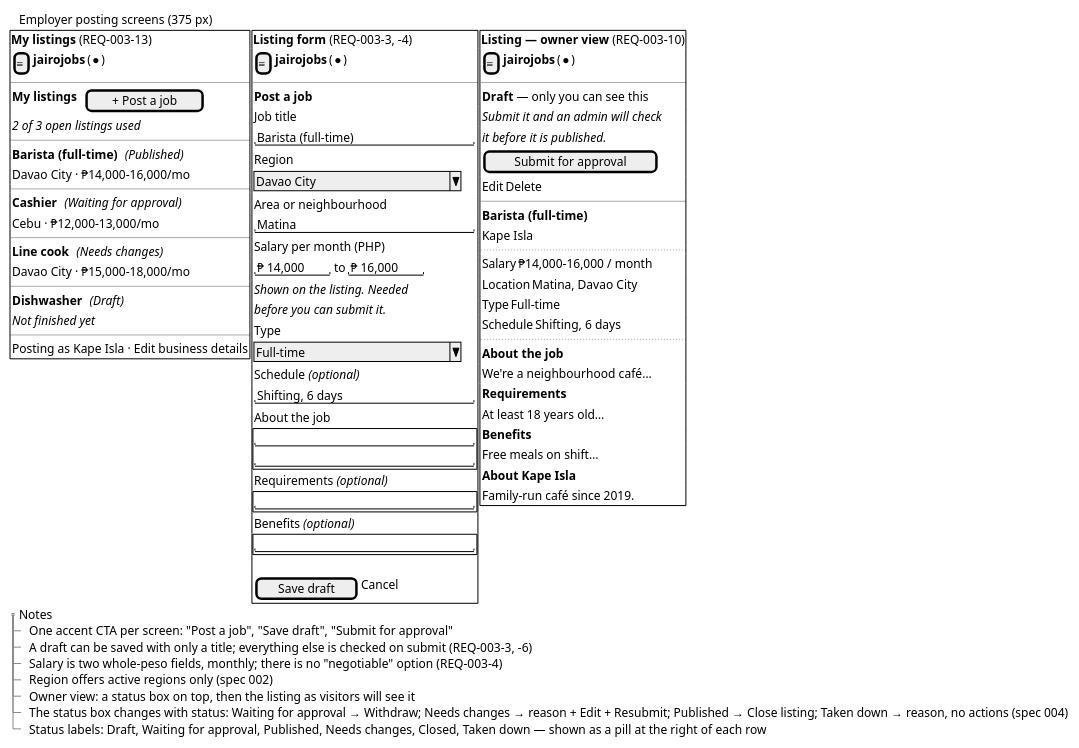
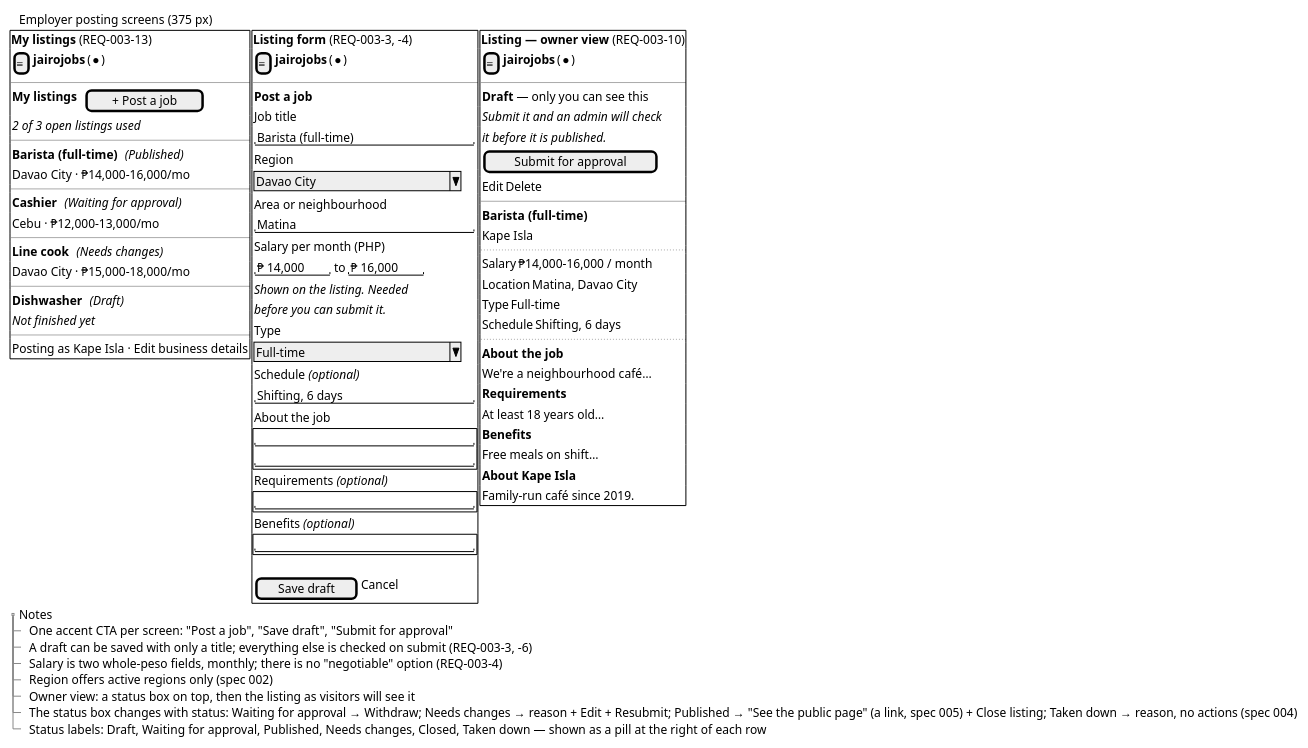
The diagram in docs/specs/003-listings-employer-posting/diagrams/wireframe-posting.puml (raseniero/jairojobs-elixir), drawn with PlantUML before and after one commit. The commit also changed 21 other files, not shown here.

Commit message:
feat(browse): links between a listing's public page and its owner and Admin views (REQ-005-10)

```diff
--- a/docs/specs/003-listings-employer-posting/diagrams/wireframe-posting.puml
+++ b/docs/specs/003-listings-employer-posting/diagrams/wireframe-posting.puml
@@ -1,96 +1,96 @@
 @startsalt wireframe-posting
 ' Spec 003 — employer posting screens at phone width (REQ-003-3, -4, -10, -13).
 ' Wireframe only — not a visual design.
 
 {
   {T
     + Employer posting screens (375 px)
   }
   {
     {+ <b>My listings</b> (REQ-003-13)
       { [≡] | <b>jairojobs</b> | (●) }
       --
       { <b>My listings</b> | . | [ + Post a job ] }
       { <i>2 of 3 open listings used</i> }
       --
       { <b>Barista (full-time)</b> | . | <i>(Published)</i> }
       { Davao City · ₱14,000–16,000/mo }
       --
       { <b>Cashier</b> | . | <i>(Waiting for approval)</i> }
       { Cebu · ₱12,000–13,000/mo }
       --
       { <b>Line cook</b> | . | <i>(Needs changes)</i> }
       { Davao City · ₱15,000–18,000/mo }
       --
       { <b>Dishwasher</b> | . | <i>(Draft)</i> }
       { <i>Not finished yet</i> }
       --
       { Posting as Kape Isla · Edit business details }
     } |
     {+ <b>Listing form</b> (REQ-003-3, -4)
       { [≡] | <b>jairojobs</b> | (●) }
       --
       { <b>Post a job</b> }
       { Job title }
       { "Barista (full-time)        " }
       { Region }
       { ^Davao City              ^ }
       { Area or neighbourhood }
       { "Matina                     " }
       { Salary per month (PHP) }
       { "₱ 14,000 " | to | "₱ 16,000 " }
       { <i>Shown on the listing. Needed</i> }
       { <i>before you can submit it.</i> }
       { Type }
       { ^Full-time               ^ }
       { Schedule <i>(optional)</i> }
       { "Shifting, 6 days           " }
       { About the job }
       {+ "                           "
          "                           " }
       { Requirements <i>(optional)</i> }
       {+ "                           " }
       { Benefits <i>(optional)</i> }
       {+ "                           " }
       .
       { [ Save draft ] | Cancel }
     } |
     {+ <b>Listing — owner view</b> (REQ-003-10)
       { [≡] | <b>jairojobs</b> | (●) }
       --
       { <b>Draft</b> — only you can see this }
       { <i>Submit it and an admin will check</i> }
       { <i>it before it is published.</i> }
       { [ Submit for approval ] }
       { Edit | Delete }
       --
       { <b>Barista (full-time)</b> }
       { Kape Isla }
       ..
       { Salary | ₱14,000–16,000 / month }
       { Location | Matina, Davao City }
       { Type | Full-time }
       { Schedule | Shifting, 6 days }
       ..
       { <b>About the job</b> }
       { We're a neighbourhood café… }
       { <b>Requirements</b> }
       { At least 18 years old… }
       { <b>Benefits</b> }
       { Free meals on shift… }
       { <b>About Kape Isla</b> }
       { Family-run café since 2019. }
     }
   }
   {T
     + Notes
     ++ One accent CTA per screen: "Post a job", "Save draft", "Submit for approval"
     ++ A draft can be saved with only a title; everything else is checked on submit (REQ-003-3, -6)
     ++ Salary is two whole-peso fields, monthly; there is no "negotiable" option (REQ-003-4)
     ++ Region offers active regions only (spec 002)
     ++ Owner view: a status box on top, then the listing as visitors will see it
-    ++ The status box changes with status: Waiting for approval → Withdraw; Needs changes → reason + Edit + Resubmit; Published → Close listing; Taken down → reason, no actions (spec 004)
+    ++ The status box changes with status: Waiting for approval → Withdraw; Needs changes → reason + Edit + Resubmit; Published → "See the public page" (a link, spec 005) + Close listing; Taken down → reason, no actions (spec 004)
     ++ Status labels: Draft, Waiting for approval, Published, Needs changes, Closed, Taken down — shown as a pill at the right of each row
   }
 }
 @endsalt
```
